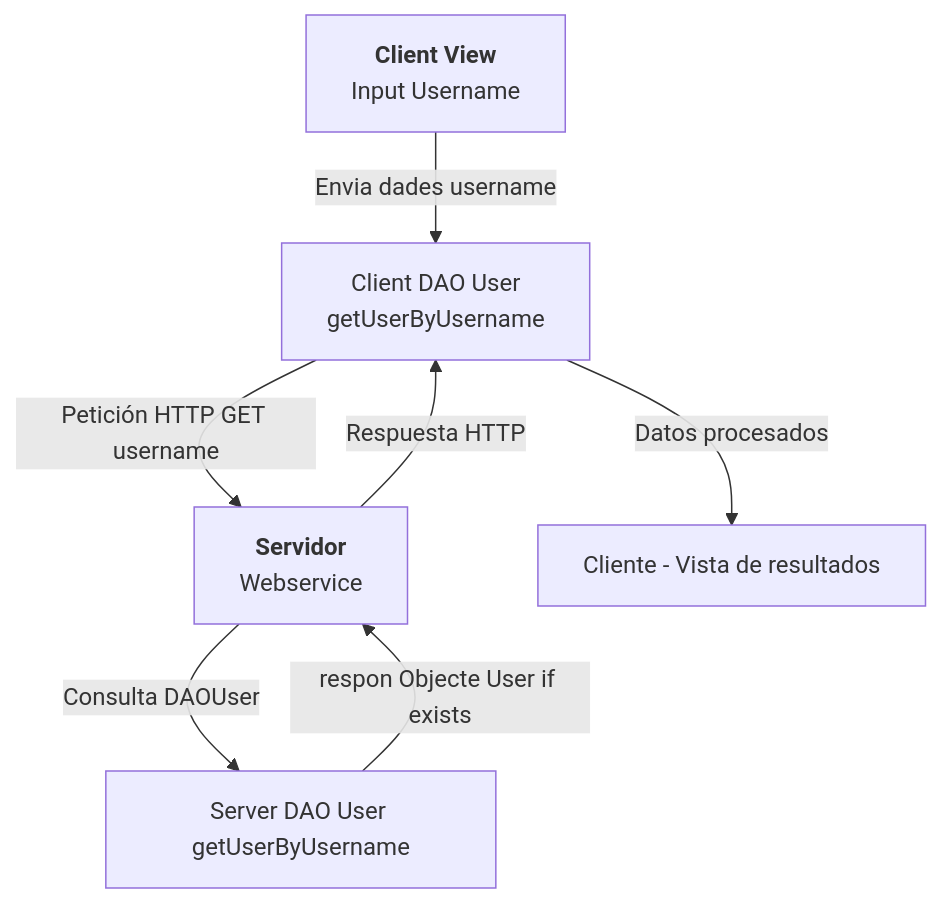
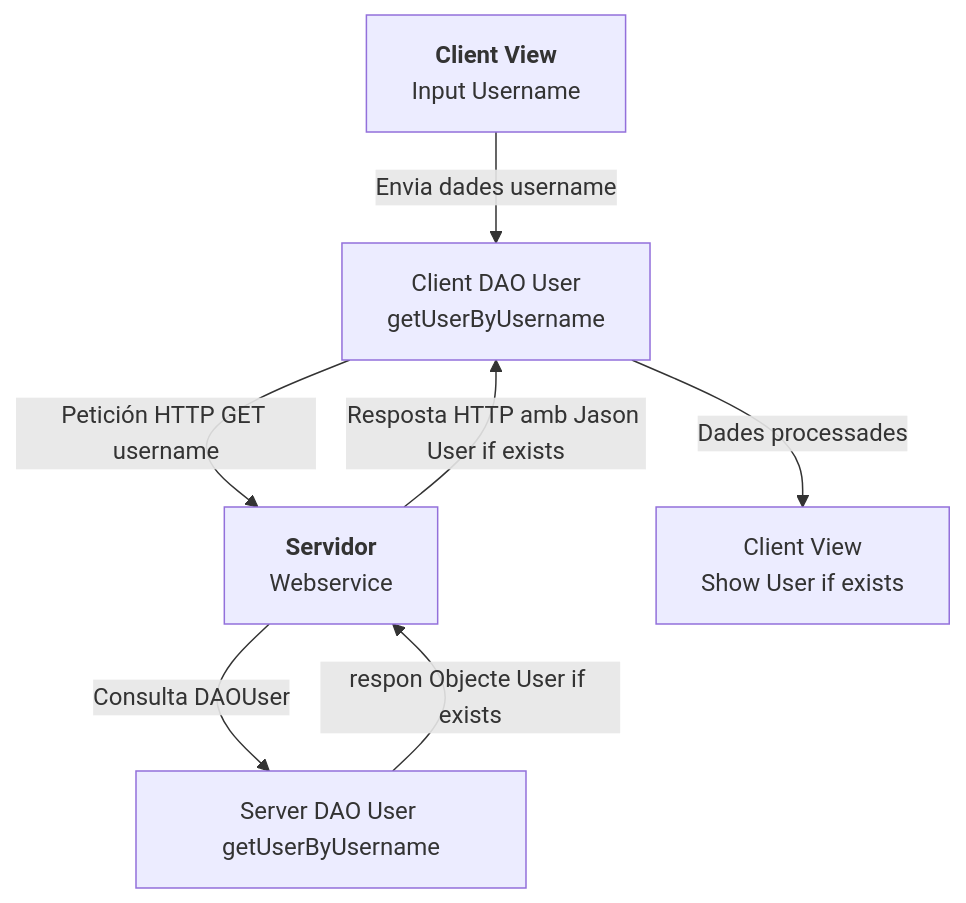
One commit to Josse71/tapatApp changed the diagram in charts/diagramaPrototipo1.mermaid. Above: the diagram before and after it, drawn with Mermaid.

```diff
--- a/charts/diagramaPrototipo1.mermaid
+++ b/charts/diagramaPrototipo1.mermaid
@@ -1,7 +1,7 @@
 flowchart TD
     A[<b>Client View</b> <br> Input Username] -->|Envia dades username| B[Client DAO User<br> getUserByUsername]
     B -->|Petición HTTP GET username| C[<b>Servidor</b> <br> Webservice]
     C -->|Consulta DAOUser| D[Server DAO User getUserByUsername]
     D -->|respon Objecte User if exists| C
-    C -->|Respuesta HTTP| B
-    B -->|Datos procesados| F[Cliente - Vista de resultados]
+    C -->|Resposta HTTP amb Jason User if exists| B
+    B -->|Dades processades| F[Client View <br> Show User if exists]
```
